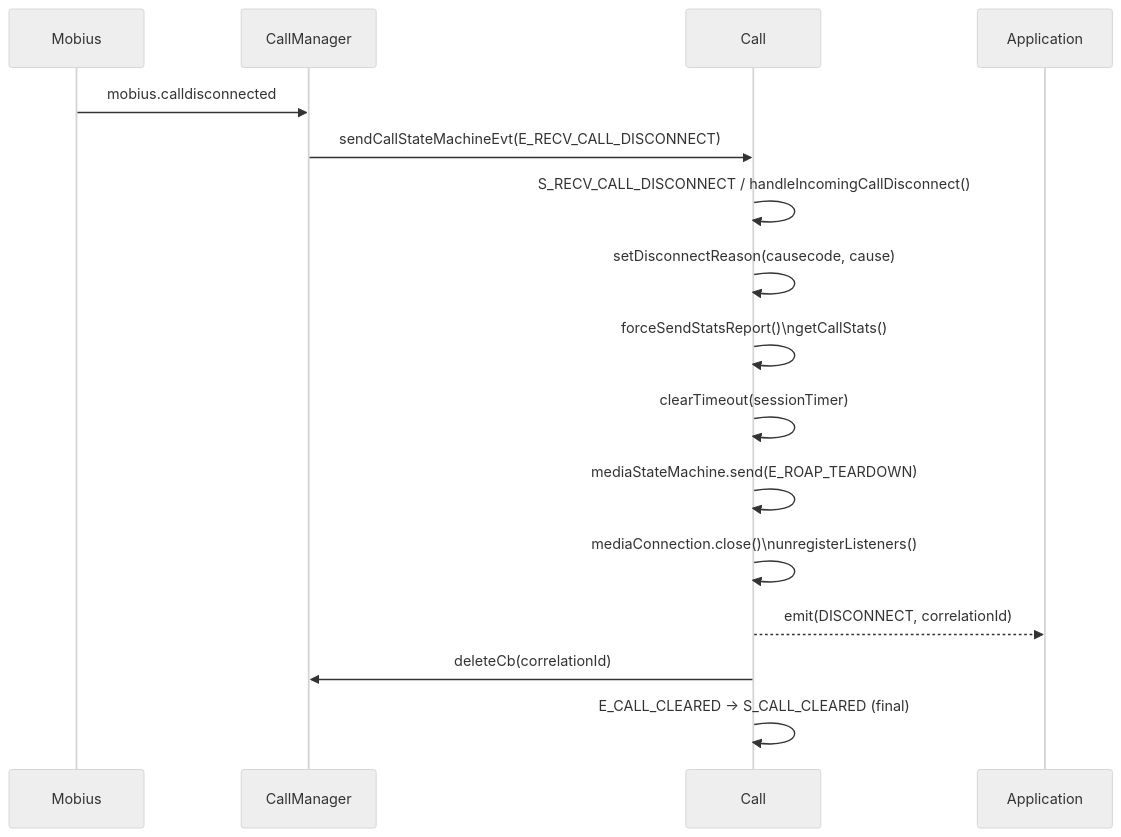
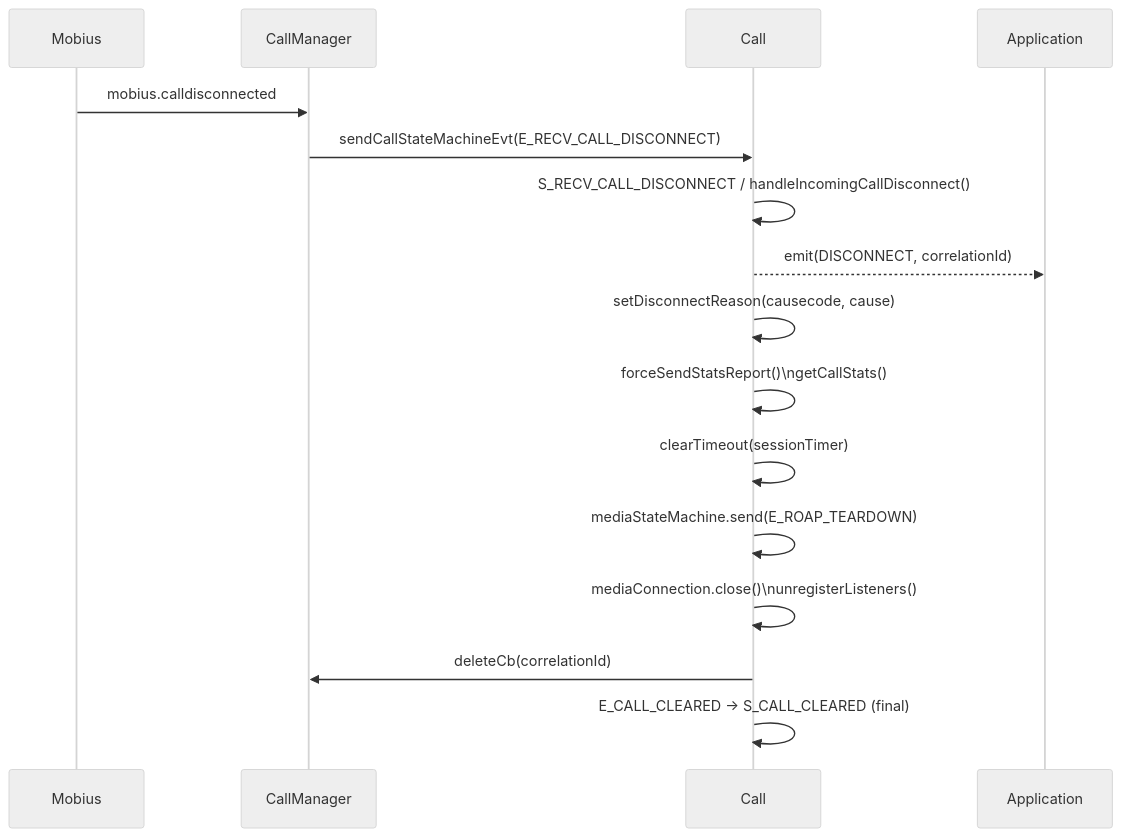
One commit to webex/webex-js-sdk changed diagram 15 of 16 in packages/calling/src/CallingClient/calling/ai-docs/ARCHITECTURE.md. Above: the diagram before and after it, drawn with Mermaid (neutral theme). The commit also changed other lines of this file and 6 other files, not shown here.

````diff
--- a/packages/calling/src/CallingClient/calling/ai-docs/ARCHITECTURE.md
+++ b/packages/calling/src/CallingClient/calling/ai-docs/ARCHITECTURE.md
@@ -732,19 +731,19 @@
 ```mermaid
 sequenceDiagram
     participant Mobius as Mobius
     participant CM as CallManager
     participant Call as Call
     participant App as Application
 
     Mobius->>CM: mobius.calldisconnected
     CM->>Call: sendCallStateMachineEvt(E_RECV_CALL_DISCONNECT)
     Call->>Call: S_RECV_CALL_DISCONNECT / handleIncomingCallDisconnect()
+    Call-->>App: emit(DISCONNECT, correlationId)
     Call->>Call: setDisconnectReason(causecode, cause)
     Call->>Call: forceSendStatsReport()\ngetCallStats()
     Call->>Call: clearTimeout(sessionTimer)
     Call->>Call: mediaStateMachine.send(E_ROAP_TEARDOWN)
     Call->>Call: mediaConnection.close()\nunregisterListeners()
-    Call-->>App: emit(DISCONNECT, correlationId)
     Call->>CM: deleteCb(correlationId)
     Call->>Call: E_CALL_CLEARED -> S_CALL_CLEARED (final)
 ```
````
